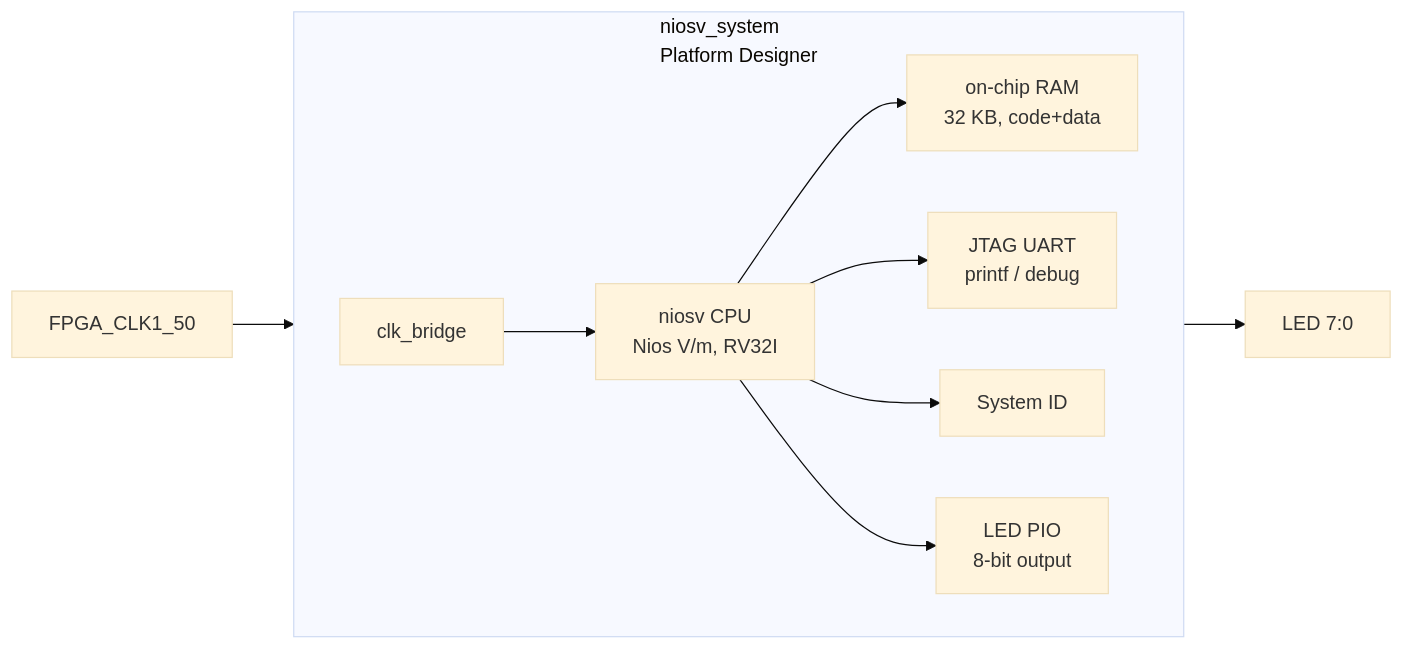
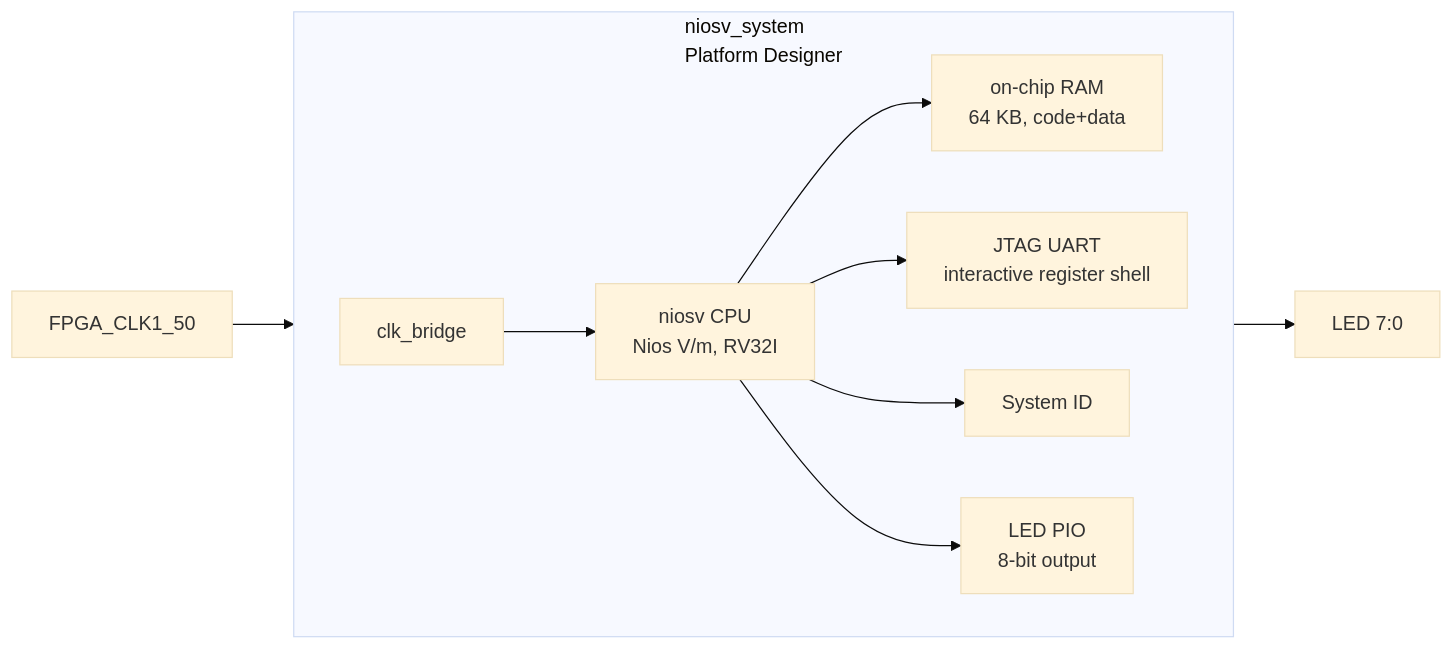
The diagram in 04b_niosv_led/doc/README.md (bleviet/cvsoc), drawn with Mermaid (base theme) before and after one commit. The commit also changed other lines of this file and 8 other files, not shown here.

Commit message:
Add interactive Nios V register shell

````diff
--- a/04b_niosv_led/doc/README.md
+++ b/04b_niosv_led/doc/README.md
@@ -9,15 +9,15 @@
 ```mermaid
 flowchart LR
     CLK[FPGA_CLK1_50] --> CLK_BRIDGE[clk_bridge]
 
     subgraph niosv_system [niosv_system <br/> Platform Designer]
         direction LR
         CLK_BRIDGE --> CPU[niosv CPU <br/> Nios V/m, RV32I]
-        CPU --> RAM[on-chip RAM <br/> 32 KB, code+data]
-        CPU --> UART[JTAG UART <br/> printf / debug]
+        CPU --> RAM[on-chip RAM <br/> 64 KB, code+data]
+        CPU --> UART[JTAG UART <br/> interactive register shell]
         CPU --> SYSID[System ID]
         CPU --> LED[LED PIO <br/> 8-bit output]
     end
 
     LED --> LED_OUT[LED 7:0]
 ```
````
